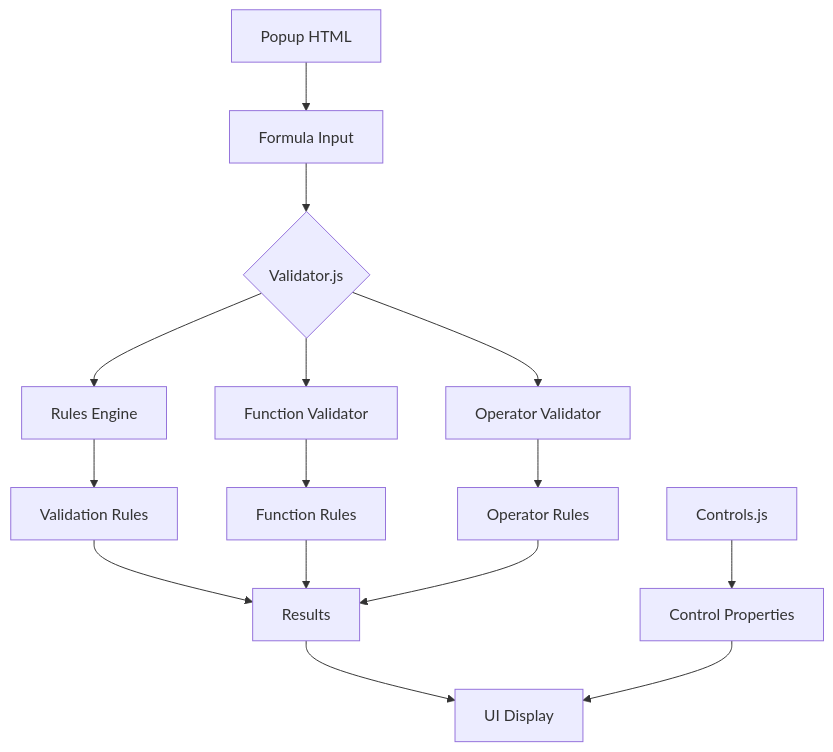
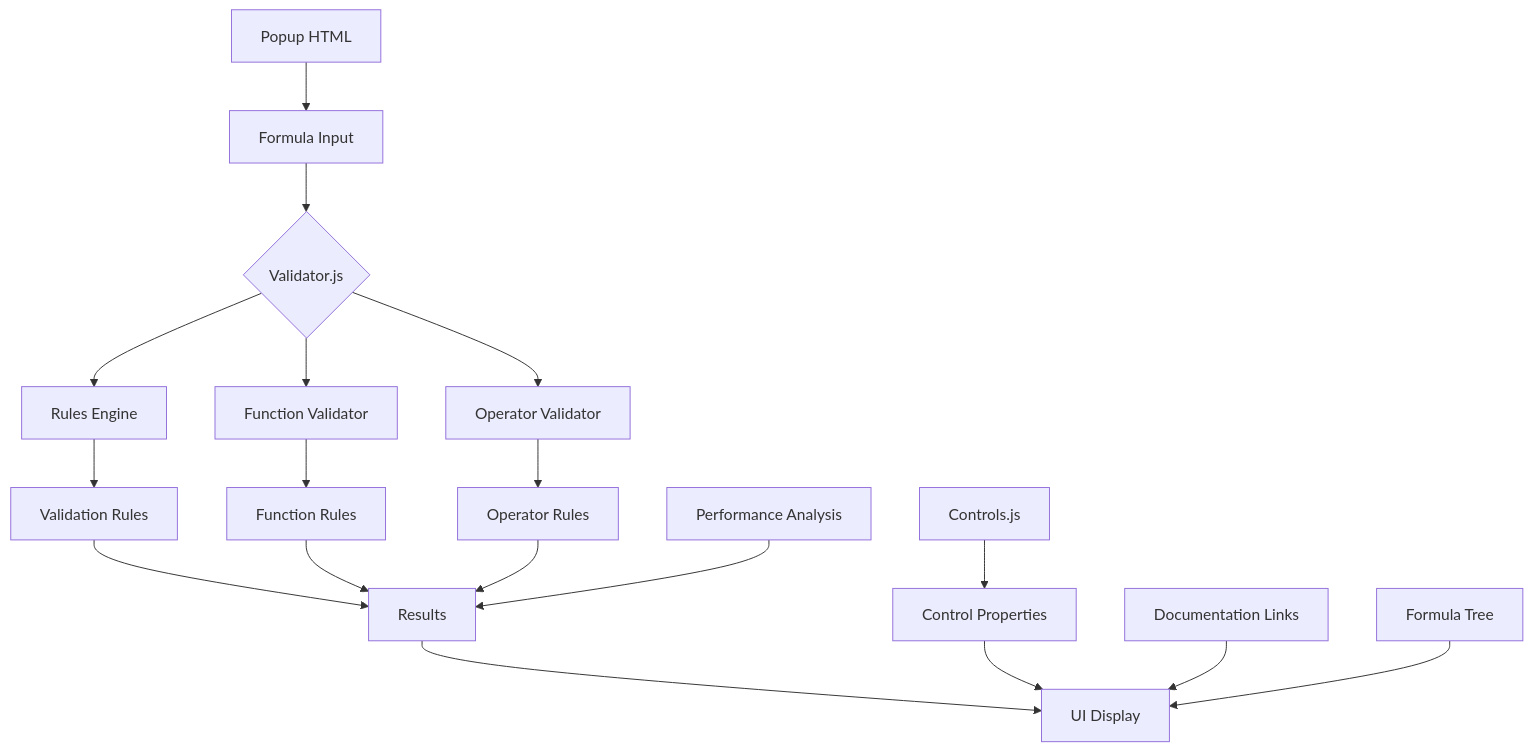
Before and after one commit to Pi-0r-Tau/PowerFXFormulaChecker: the diagram in README.md, drawn with Mermaid. The commit also changed other lines of this file, not shown here.

````diff
--- a/README.md
+++ b/README.md
@@ -13,17 +24,20 @@
 ```mermaid
 graph TD
     A[Popup HTML] --> B[Formula Input]
     B --> C{Validator.js}
     C --> D[Rules Engine]
     C --> E[Function Validator]
     C --> F[Operator Validator]
     D --> G[Validation Rules]
     E --> H[Function Rules]
     F --> I[Operator Rules]
     G --> J[Results]
     H --> J
     I --> J
     J --> K[UI Display]
     L[Controls.js] --> M[Control Properties]
     M --> K
+    N[Documentation Links] --> K
+    O[Formula Tree] --> K
+    P[Performance Analysis] --> J
 ```
````
